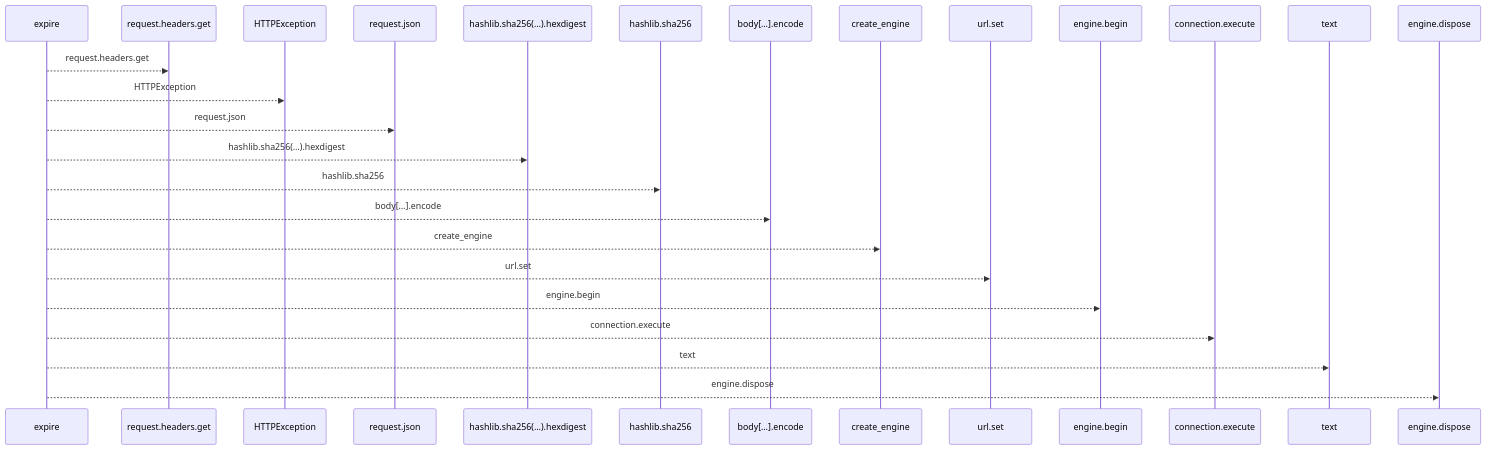
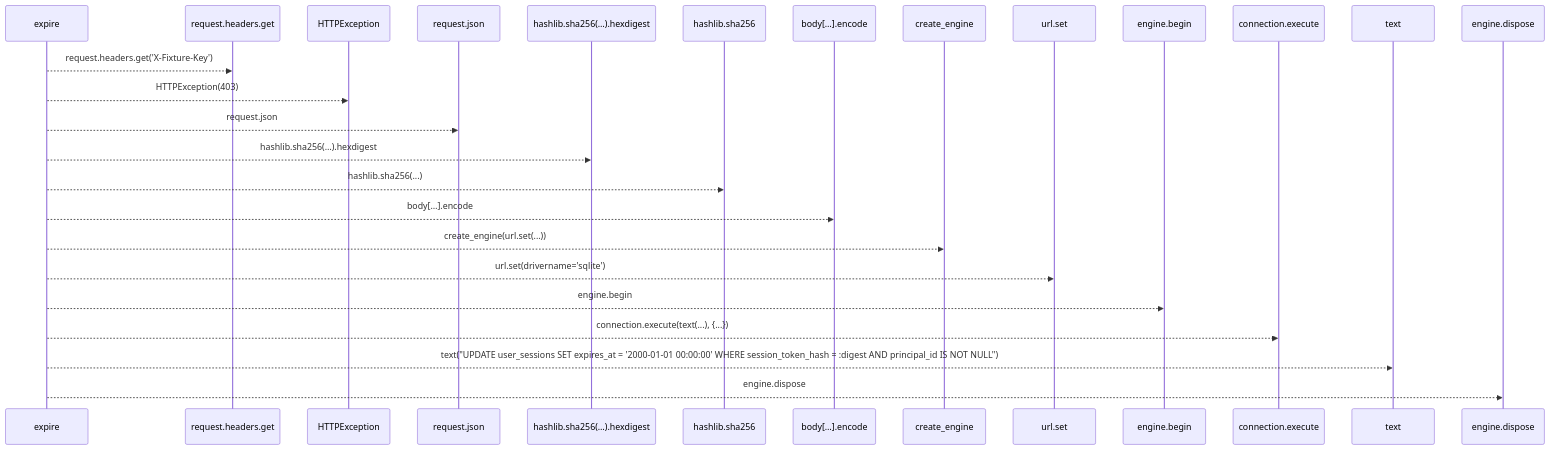
Before and after one commit to Denissvgn/WorkChord: the first of 2 diagrams in docs/llm_wiki/flows/http-expire.md, drawn with Mermaid. The commit also changed other lines of this file and 25171 other files, not shown here.

````diff
--- a/docs/llm_wiki/flows/http-expire.md
+++ b/docs/llm_wiki/flows/http-expire.md
@@ -10,28 +12,28 @@
 ```mermaid
 sequenceDiagram
     participant p0 as expire
     participant p1 as request.headers.get
     participant p2 as HTTPException
     participant p3 as request.json
     participant p4 as hashlib.sha256(…).hexdigest
     participant p5 as hashlib.sha256
     participant p6 as body[…].encode
     participant p7 as create_engine
     participant p8 as url.set
     participant p9 as engine.begin
     participant p10 as connection.execute
     participant p11 as text
     participant p12 as engine.dispose
-    p0-->>p1: request.headers.get
-    p0-->>p2: HTTPException
+    p0-->>p1: request.headers.get('X-Fixture-Key')
+    p0-->>p2: HTTPException(403)
     p0-->>p3: request.json
     p0-->>p4: hashlib.sha256(…).hexdigest
-    p0-->>p5: hashlib.sha256
+    p0-->>p5: hashlib.sha256(...)
     p0-->>p6: body[…].encode
-    p0-->>p7: create_engine
-    p0-->>p8: url.set
+    p0-->>p7: create_engine(url.set(...))
+    p0-->>p8: url.set(drivername='sqlite')
     p0-->>p9: engine.begin
-    p0-->>p10: connection.execute
-    p0-->>p11: text
+    p0-->>p10: connection.execute(text(...), {...})
+    p0-->>p11: text("UPDATE user_sessions SET expires_at = '2000-01-01 00:00:00' WHERE session_token_hash = :digest AND principal_id IS NOT NULL")
     p0-->>p12: engine.dispose
 ```
````
